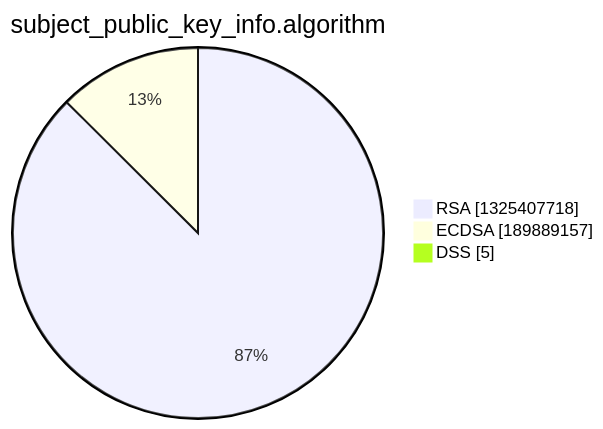
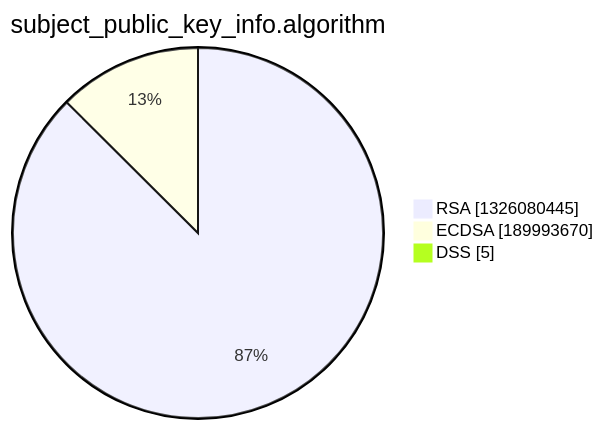
Before and after one commit to christiankrug/ctmonitor_visualization: the third of 15 diagrams in xenon2022/README.md, drawn with Mermaid. The commit also changed other lines of this file, not shown here.

````diff
--- a/xenon2022/README.md
+++ b/xenon2022/README.md
@@ -14,7 +14,7 @@
 ```mermaid
 pie showData
 title subject_public_key_info.algorithm
-"RSA" :1325407718
-"ECDSA" :189889157
+"RSA" :1326080445
+"ECDSA" :189993670
 "DSS" :5
 ```
````
